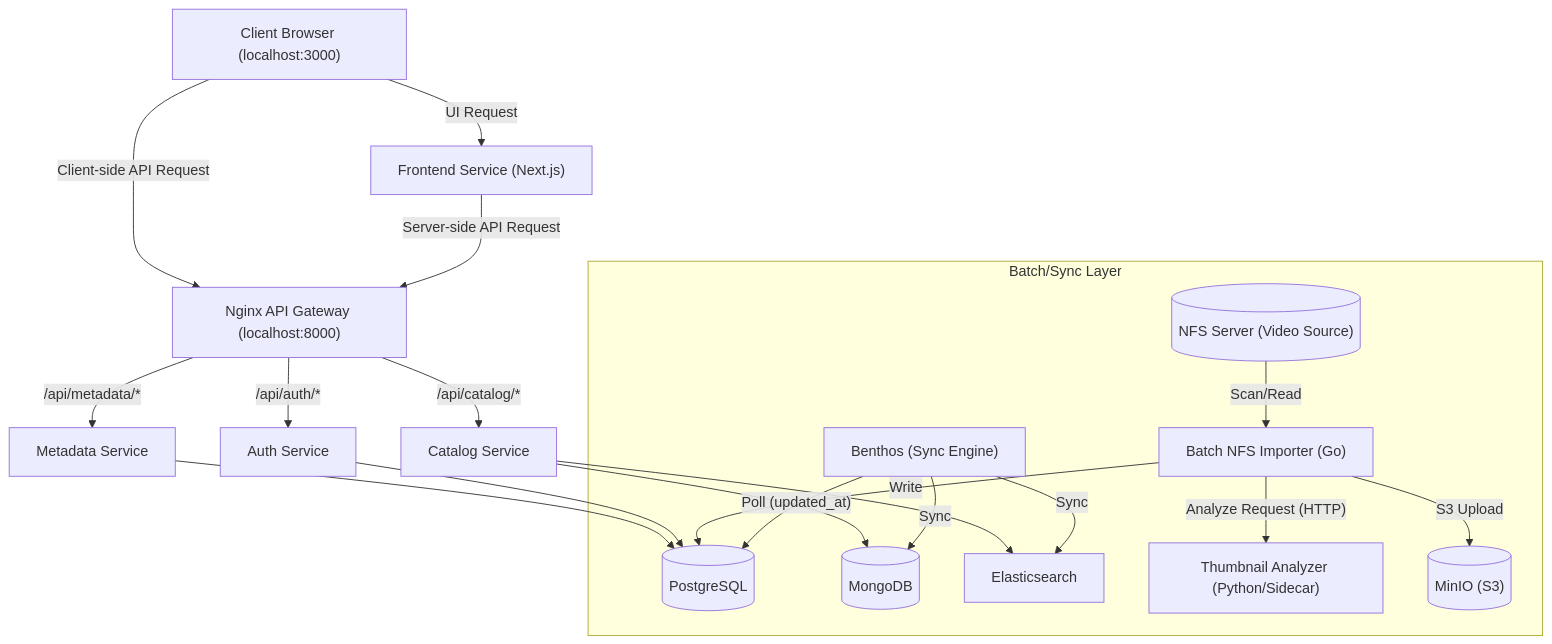
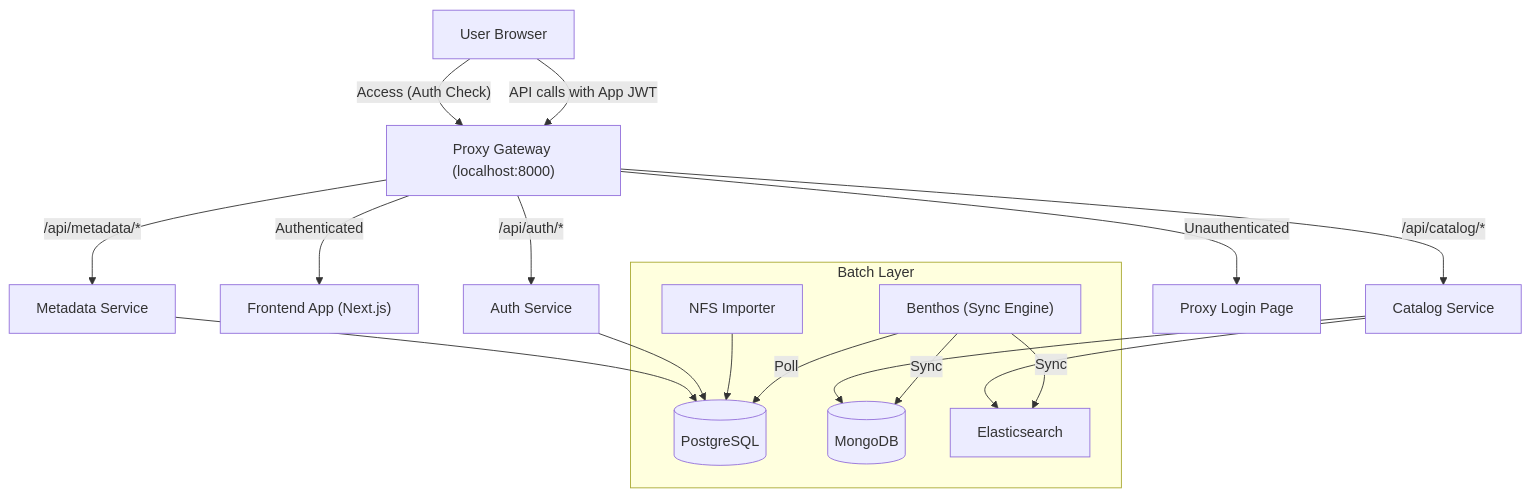
Before and after one commit to k-wa-wa/pechka: the diagram in stream/docs/201_architecture.md, drawn with Mermaid. The commit also changed other lines of this file and 44 other files, not shown here.

````diff
--- a/stream/docs/201_architecture.md
+++ b/stream/docs/201_architecture.md
@@ -10,42 +10,34 @@
 ```mermaid
 graph TD
-    Client["Client Browser (localhost:3000)"]
-    Gateway["Nginx API Gateway (localhost:8000)"]
-    Frontend["Frontend Service (Next.js)"]
+    User["User Browser"]
+    Gateway["Proxy Gateway (localhost:8000)"]
+    Frontend["Frontend App (Next.js)"]
     Catalog["Catalog Service"]
     Metadata["Metadata Service"]
     Auth["Auth Service"]
     
     DB_PG[("PostgreSQL")]
     DB_Mongo[("MongoDB")]
     ES["Elasticsearch"]
 
-    Client -- UI Request --> Frontend
-    Client -- Client-side API Request --> Gateway
-    Frontend -- Server-side API Request --> Gateway
+    User -- "Access (Auth Check)" --> Gateway
+    Gateway -- "Unauthenticated" --> Login["Proxy Login Page"]
+    Gateway -- "Authenticated" --> Frontend
     
+    User -- "API calls with App JWT" --> Gateway
     Gateway -- /api/catalog/* --> Catalog
     Gateway -- /api/metadata/* --> Metadata
     Gateway -- /api/auth/* --> Auth
     
     Catalog --> DB_Mongo
     Catalog --> ES
     Metadata --> DB_PG
     Auth --> DB_PG
 
-    subgraph Batch/Sync Layer
-        NFS[("NFS Server (Video Source)")]
-        Importer["Batch NFS Importer (Go)"]
-        Analyzer["Thumbnail Analyzer (Python/Sidecar)"]
-        Benthos["Benthos (Sync Engine)"]
-        
-        NFS -- Scan/Read --> Importer
-        Importer -- Analyze Request (HTTP) --> Analyzer
-        Importer -- S3 Upload --> MinIO[("MinIO (S3)")]
-        Importer -- Write --> DB_PG
-        
-        Benthos -- "Poll (updated_at)" --> DB_PG
+    subgraph Batch Layer
+        Importer["NFS Importer"] --> DB_PG
+        Benthos["Benthos (Sync Engine)"] -- Poll --> DB_PG
         Benthos -- Sync --> DB_Mongo
         Benthos -- Sync --> ES
     end
 ```
````
